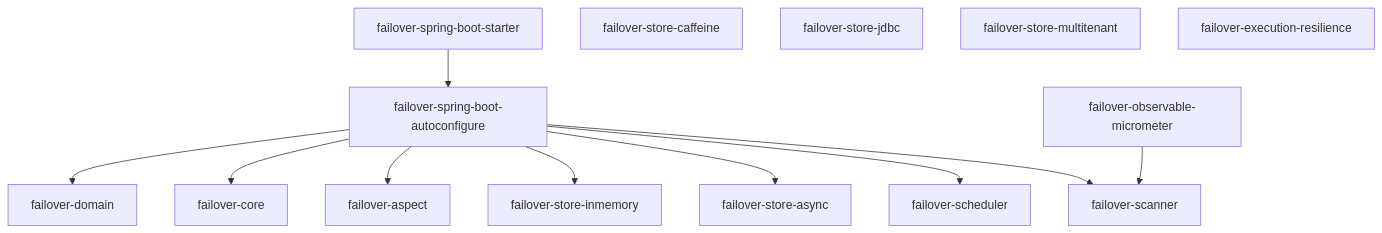
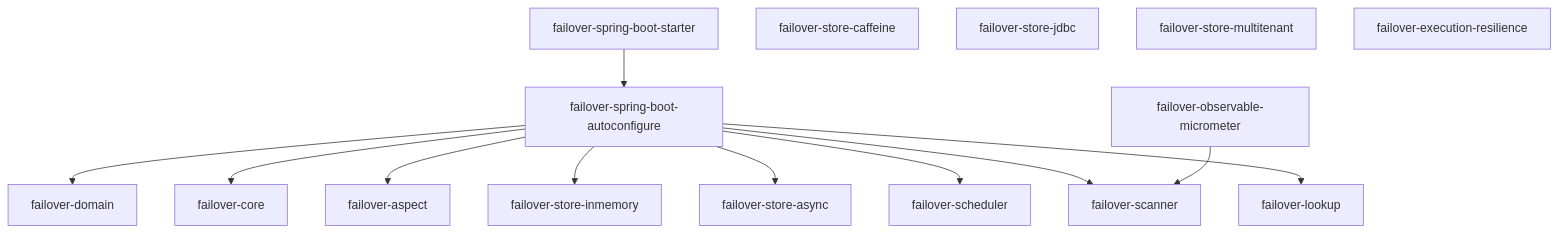
The diagram in docs/modules/index.md (societe-generale/failover), drawn with Mermaid before and after one commit. The commit also changed other lines of this file and 532 other files, not shown here.

````diff
--- a/docs/modules/index.md
+++ b/docs/modules/index.md
@@ -9,27 +9,29 @@
 ```mermaid
 flowchart TD
     STARTER[failover-spring-boot-starter]
     AC[failover-spring-boot-autoconfigure]
     DOMAIN[failover-domain]
     CORE[failover-core]
     ASPECT[failover-aspect]
     IMM[failover-store-inmemory]
     CAF[failover-store-caffeine]
     JDBC[failover-store-jdbc]
     ASYNC[failover-store-async]
     MT[failover-store-multitenant]
     RES[failover-execution-resilience]
     SCHED[failover-scheduler]
     SCAN[failover-scanner]
+    LOOKUP[failover-lookup]
     MIC[failover-observable-micrometer]
 
     STARTER --> AC
     AC --> DOMAIN
     AC --> CORE
     AC --> ASPECT
     AC --> IMM
     AC --> ASYNC
     AC --> SCHED
     AC --> SCAN
+    AC --> LOOKUP
     MIC --> SCAN
 ```
````
